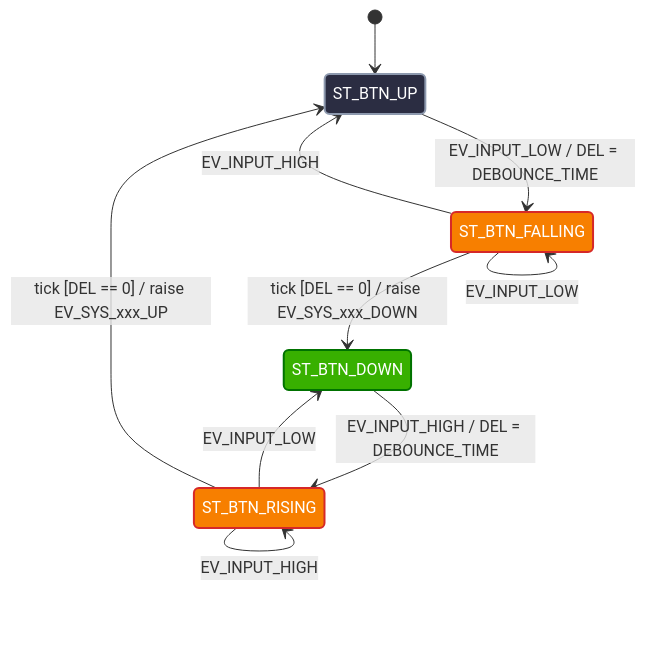
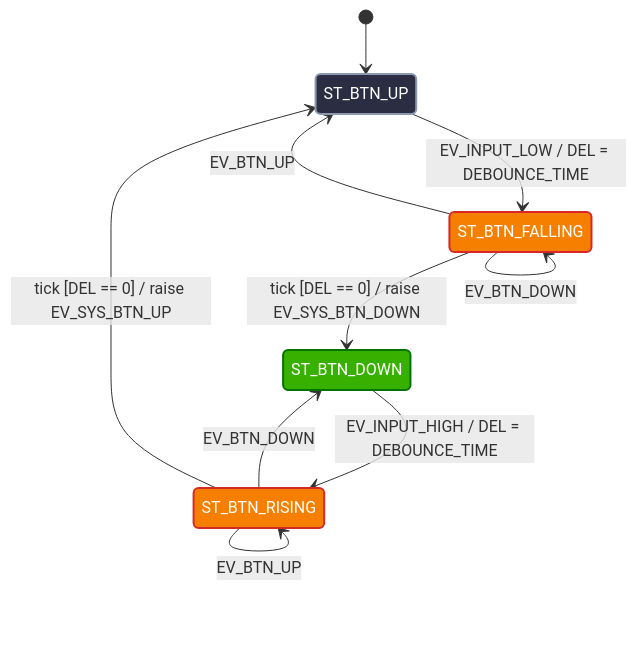
One commit to MarinaGloc/tdse-tp1_2026-2C_Curso01C-Grupo4 changed the diagram in tdse-tp1_00-sensor.md. Above: the diagram before and after it, drawn with Mermaid. The commit also changed other lines of this file and 4 other files, not shown here.

````diff
--- a/tdse-tp1_00-sensor.md
+++ b/tdse-tp1_00-sensor.md
@@ -36,20 +35,20 @@
 ```mermaid
 stateDiagram-v2
     classDef idle fill:#2b2d42,stroke:#8d99ae,stroke-width:2px,color:#fff
     classDef transient fill:#f77f00,stroke:#d62828,stroke-width:2px,color:#fff
     classDef active fill:#38b000,stroke:#007200,stroke-width:2px,color:#fff
 
     [*] --> ST_BTN_UP
 
     ST_BTN_UP ::: idle --> ST_BTN_FALLING ::: transient : EV_INPUT_LOW / DEL = DEBOUNCE_TIME
     
-    ST_BTN_FALLING --> ST_BTN_UP : EV_INPUT_HIGH
-    ST_BTN_FALLING --> ST_BTN_FALLING : EV_INPUT_LOW
-    ST_BTN_FALLING --> ST_BTN_DOWN ::: active : tick [DEL == 0] / raise EV_SYS_xxx_DOWN
+    ST_BTN_FALLING --> ST_BTN_UP : EV_BTN_UP
+    ST_BTN_FALLING --> ST_BTN_FALLING : EV_BTN_DOWN
+    ST_BTN_FALLING --> ST_BTN_DOWN ::: active : tick [DEL == 0] / raise EV_SYS_BTN_DOWN
 
     ST_BTN_DOWN --> ST_BTN_RISING ::: transient : EV_INPUT_HIGH / DEL = DEBOUNCE_TIME
 
-    ST_BTN_RISING --> ST_BTN_DOWN : EV_INPUT_LOW
-    ST_BTN_RISING --> ST_BTN_RISING : EV_INPUT_HIGH
-    ST_BTN_RISING --> ST_BTN_UP : tick [DEL == 0] / raise EV_SYS_xxx_UP
+    ST_BTN_RISING --> ST_BTN_DOWN : EV_BTN_DOWN
+    ST_BTN_RISING --> ST_BTN_RISING : EV_BTN_UP
+    ST_BTN_RISING --> ST_BTN_UP : tick [DEL == 0] / raise EV_SYS_BTN_UP
 ```
````
